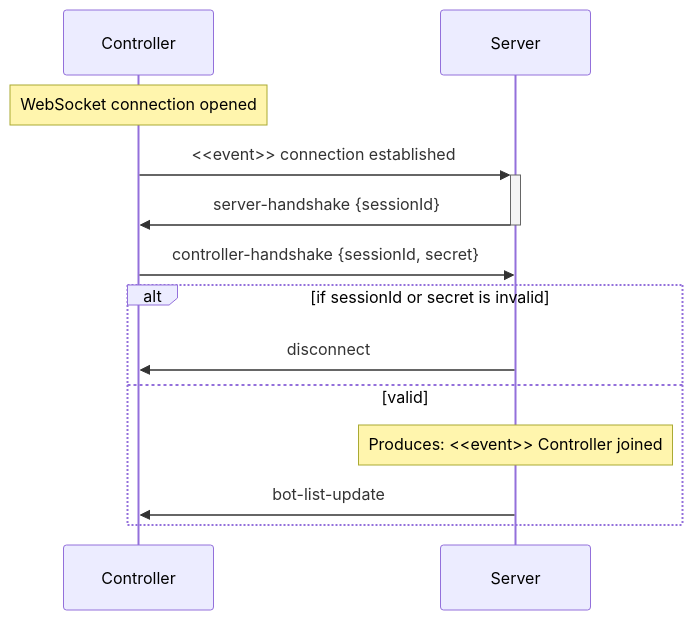
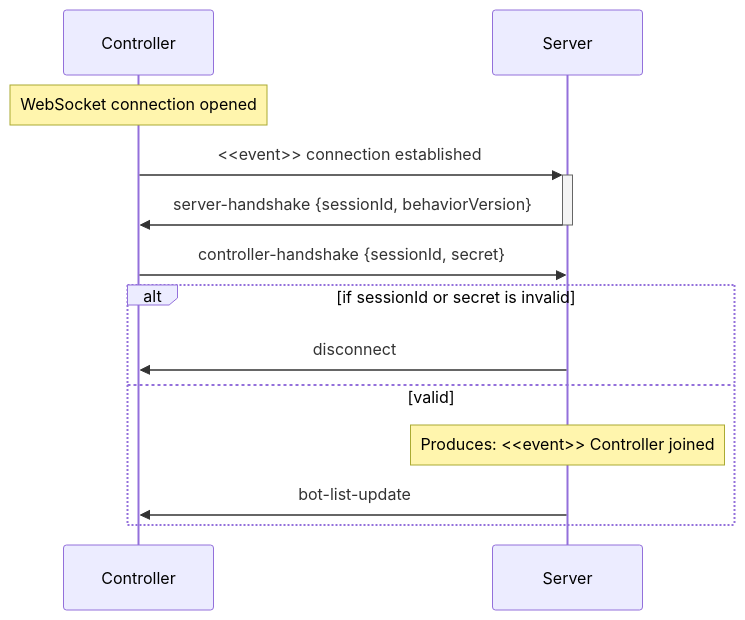
Before and after one commit to robocode-dev/tank-royale: the tenth of 10 diagrams in docs/architecture/models/flows/bot-connection.md, drawn with Mermaid. The commit also changed other lines of this file and 3 other files, not shown here.

````diff
--- a/docs/architecture/models/flows/bot-connection.md
+++ b/docs/architecture/models/flows/bot-connection.md
@@ -410,17 +412,17 @@
 ```mermaid
 sequenceDiagram
     participant Controller
     participant Server
 
     Note over Controller: WebSocket connection opened
     Controller->>+Server: <<event>> connection established
-    Server->>-Controller: server-handshake {sessionId}
+    Server->>-Controller: server-handshake {sessionId, behaviorVersion}
     Controller->>Server: controller-handshake {sessionId, secret}
 
     alt if sessionId or secret is invalid
         Server->>Controller: disconnect
     else valid
         Note over Server: Produces: <<event>> Controller joined
         Server->>Controller: bot-list-update
     end
 ```
````
